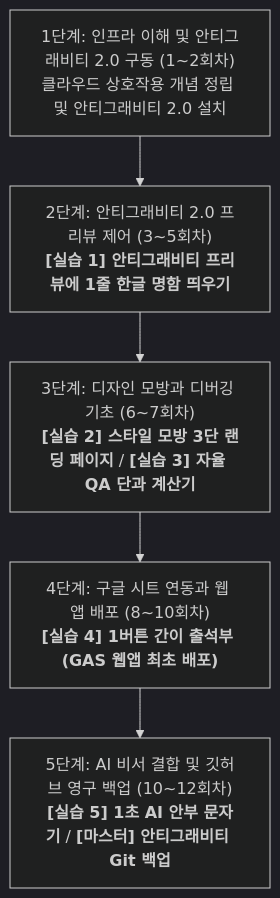
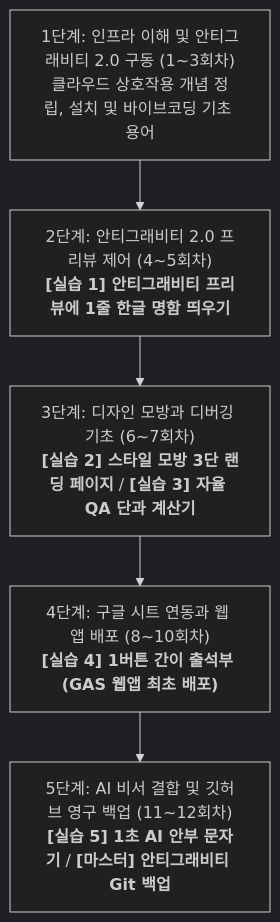
The diagram in AI_Education_Curriculum_12Weeks.md (AI-aca/AIEdu), drawn with Mermaid (dark theme) before and after one commit. The commit also changed other lines of this file, not shown here.

````diff
--- a/AI_Education_Curriculum_12Weeks.md
+++ b/AI_Education_Curriculum_12Weeks.md
@@ -14,7 +14,7 @@
 ```mermaid
 graph TD
-    A["1단계: 인프라 이해 및 안티그래비티 2.0 구동 (1~2회차)<br>클라우드 상호작용 개념 정립 및 안티그래비티 2.0 설치"] --> B["2단계: 안티그래비티 2.0 프리뷰 제어 (3~5회차)<br><b>[실습 1] 안티그래비티 프리뷰에 1줄 한글 명함 띄우기</b>"]
+    A["1단계: 인프라 이해 및 안티그래비티 2.0 구동 (1~3회차)<br>클라우드 상호작용 개념 정립, 설치 및 바이브코딩 기초 용어"] --> B["2단계: 안티그래비티 2.0 프리뷰 제어 (4~5회차)<br><b>[실습 1] 안티그래비티 프리뷰에 1줄 한글 명함 띄우기</b>"]
     B --> C["3단계: 디자인 모방과 디버깅 기초 (6~7회차)<br><b>[실습 2] 스타일 모방 3단 랜딩 페이지</b> / <b>[실습 3] 자율 QA 단과 계산기</b>"]
     C --> D["4단계: 구글 시트 연동과 웹 앱 배포 (8~10회차)<br><b>[실습 4] 1버튼 간이 출석부 (GAS 웹앱 최초 배포)</b>"]
-    D --> E["5단계: AI 비서 결합 및 깃허브 영구 백업 (10~12회차)<br><b>[실습 5] 1초 AI 안부 문자기</b> / <b>[마스터] 안티그래비티 Git 백업</b>"]
+    D --> E["5단계: AI 비서 결합 및 깃허브 영구 백업 (11~12회차)<br><b>[실습 5] 1초 AI 안부 문자기</b> / <b>[마스터] 안티그래비티 Git 백업</b>"]
 ```
````
